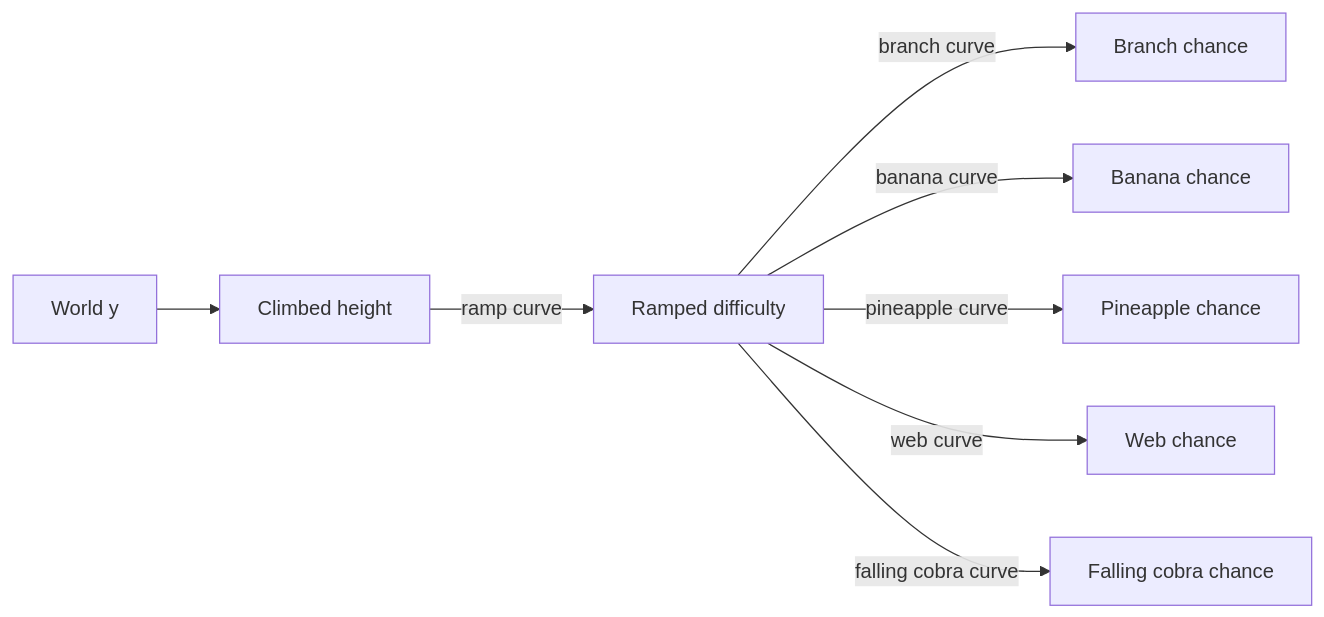
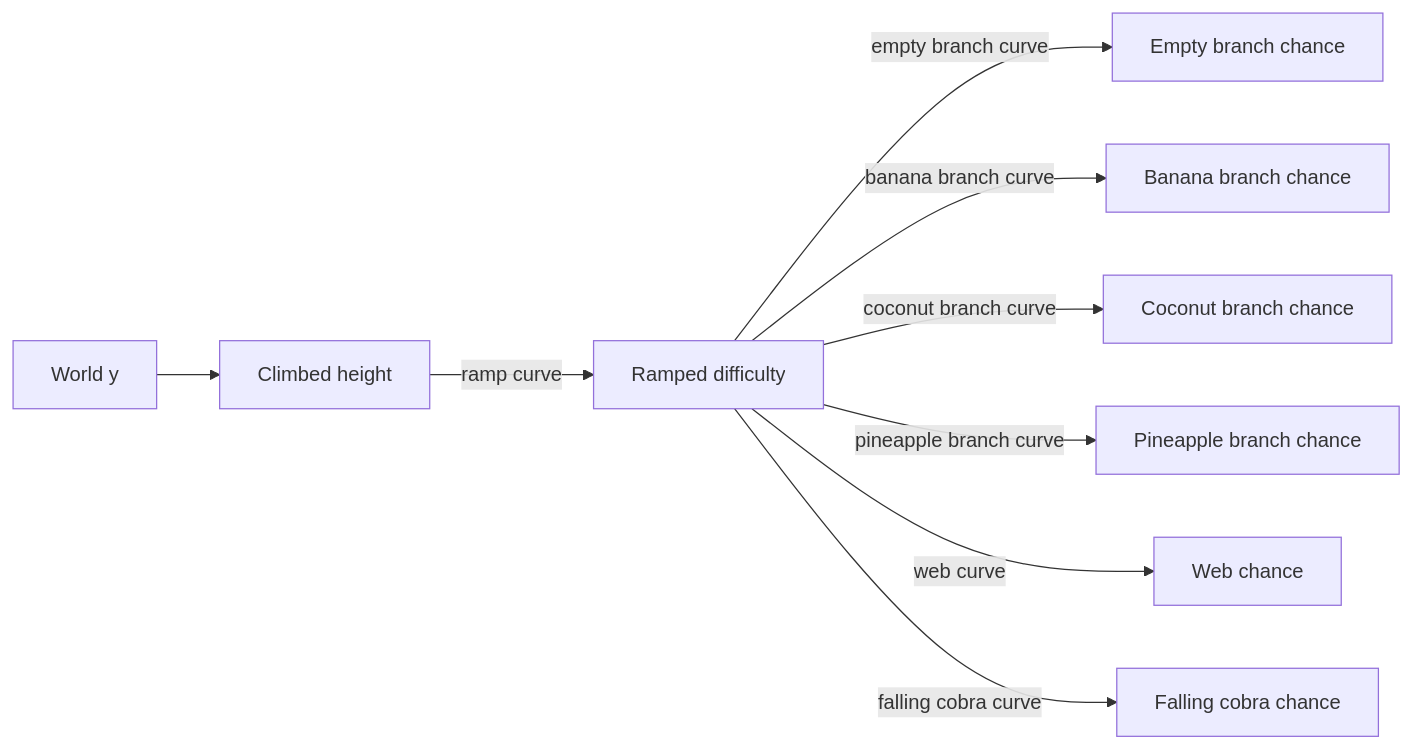
Before and after one commit to CSCI-526/Team4-Lu_Lu: the diagram in docs/balance-doc.md, drawn with Mermaid. The commit also changed other lines of this file and 6 other files, not shown here.

First line of the commit message:
document 4 branch kinds, boss zone & reworked ramp

````diff
--- a/docs/balance-doc.md
+++ b/docs/balance-doc.md
@@ -16,10 +16,11 @@
 ```mermaid
 graph LR
   Y[World y] --> Climb[Climbed height]
   Climb -->|ramp curve| Ramp[Ramped difficulty]
-  Ramp -->|branch curve| Branch[Branch chance]
-  Ramp -->|banana curve| Banana[Banana chance]
-  Ramp -->|pineapple curve| Pineapple[Pineapple chance]
+  Ramp -->|empty branch curve| Empty[Empty branch chance]
+  Ramp -->|banana branch curve| Banana[Banana branch chance]
+  Ramp -->|coconut branch curve| Coconut[Coconut branch chance]
+  Ramp -->|pineapple branch curve| Pineapple[Pineapple branch chance]
   Ramp -->|web curve| Web[Web chance]
   Ramp -->|falling cobra curve| Fall[Falling cobra chance]
 ```
````
